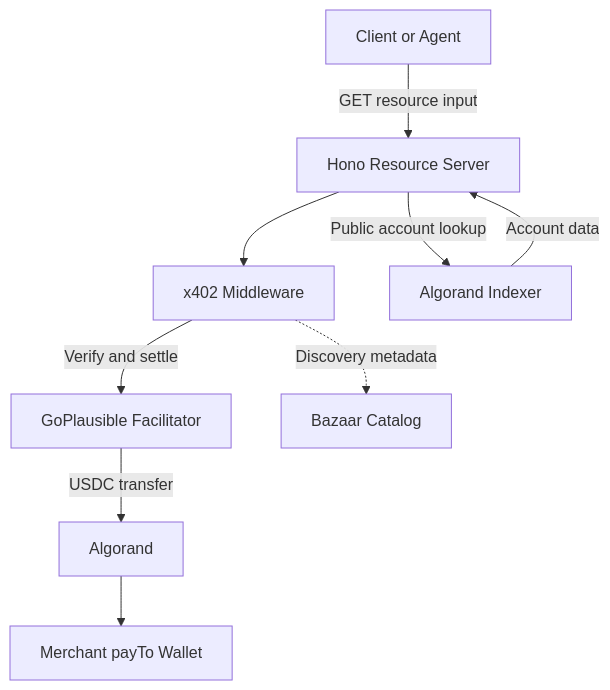
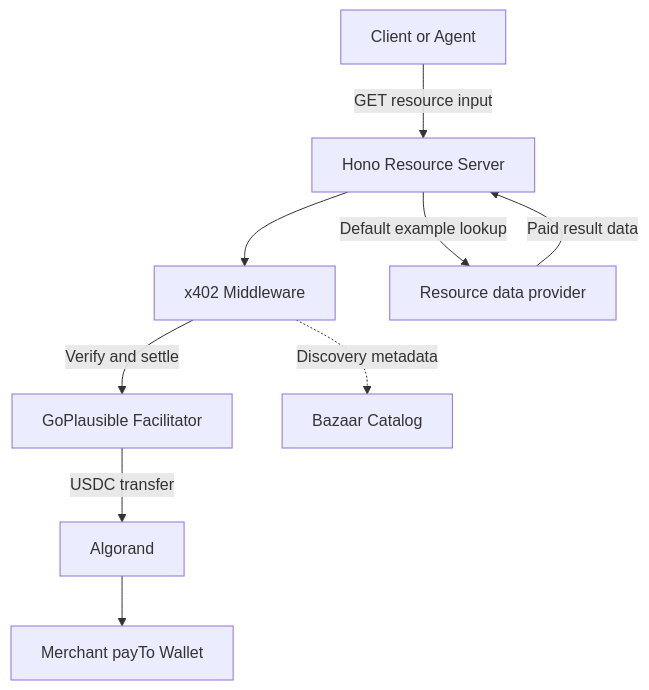
Before and after one commit to SURYA-SOLVER/TruthGuard: the first of 2 diagrams in docs/ARCHITECTURE.md, drawn with Mermaid. The commit also changed other lines of this file and 6 other files, not shown here.

````diff
--- a/docs/ARCHITECTURE.md
+++ b/docs/ARCHITECTURE.md
@@ -5,11 +5,11 @@
 ```mermaid
 flowchart TD
     Client[Client or Agent] -->|GET resource input| API[Hono Resource Server]
     API --> Gate[x402 Middleware]
     Gate -->|Verify and settle| Facilitator[GoPlausible Facilitator]
     Facilitator -->|USDC transfer| Chain[Algorand]
     Chain --> Receiver[Merchant payTo Wallet]
-    API -->|Public account lookup| Indexer[Algorand Indexer]
-    Indexer -->|Account data| API
+    API -->|Default example lookup| Data[Resource data provider]
+    Data -->|Paid result data| API
     Gate -.->|Discovery metadata| Bazaar[Bazaar Catalog]
 ```
````
